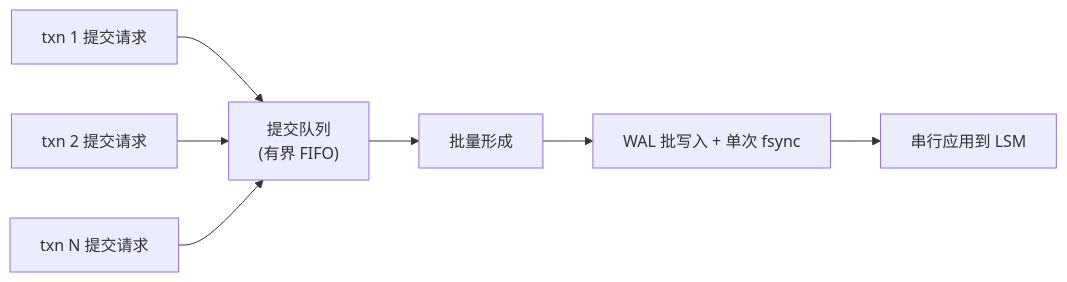
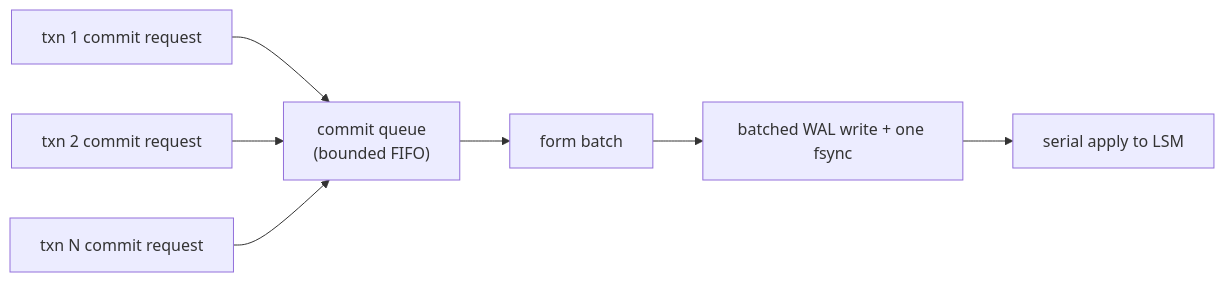
The third of 3 diagrams in docs/architecture/write-path.md (viloris-org/Pico), drawn with Mermaid before and after one commit. The commit also changed other lines of this file and 30 other files, not shown here.

````diff
--- a/docs/architecture/write-path.md
+++ b/docs/architecture/write-path.md
@@ -215,9 +205,9 @@
 ```mermaid
 flowchart LR
-    A["txn 1 提交请求"] --> Q["提交队列\n(有界 FIFO)"]
-    B["txn 2 提交请求"] --> Q
-    C["txn N 提交请求"] --> Q
-    Q --> BATCH["批量形成"]
-    BATCH --> WAL["WAL 批写入 + 单次 fsync"]
-    WAL --> APPLY["串行应用到 LSM"]
+    A["txn 1 commit request"] --> Q["commit queue\n(bounded FIFO)"]
+    B["txn 2 commit request"] --> Q
+    C["txn N commit request"] --> Q
+    Q --> BATCH["form batch"]
+    BATCH --> WAL["batched WAL write + one fsync"]
+    WAL --> APPLY["serial apply to LSM"]
 ```
````
